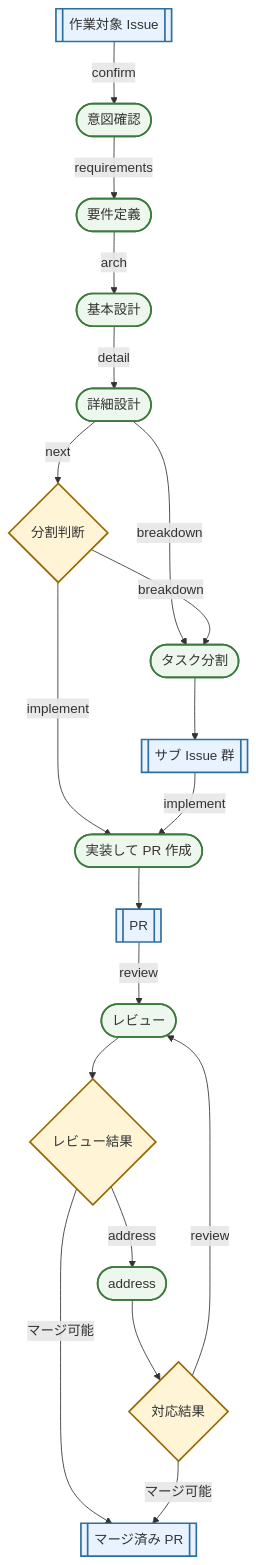
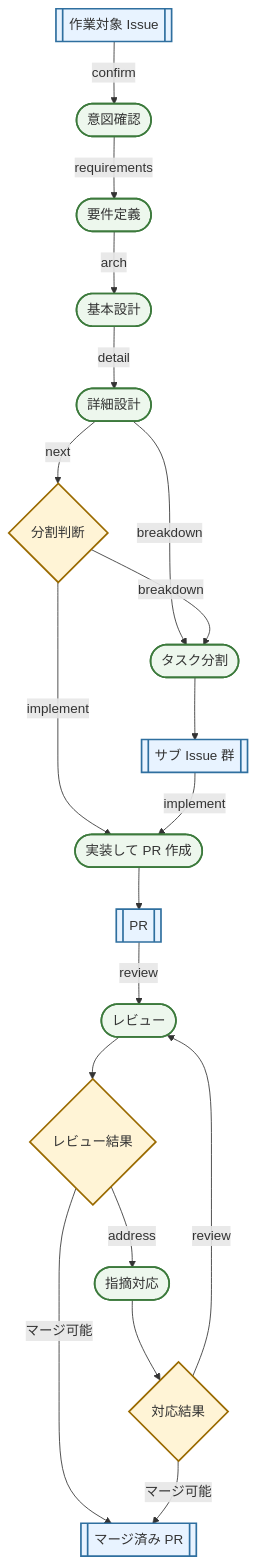
The diagram in README.md (Hiroshiba/vv-ai), drawn with Mermaid before and after one commit.

Commit message:
docs: READMEのaddress表示を日本語にする

````diff
--- a/README.md
+++ b/README.md
@@ -11,45 +11,45 @@
 ```mermaid
 flowchart TD
   issue[["作業対象 Issue"]]
   intent(["意図確認"])
   requirements(["要件定義"])
   arch(["基本設計"])
   detail(["詳細設計"])
   next_decision{"分割判断"}
   breakdown(["タスク分割"])
   subissues[["サブ Issue 群"]]
   implement_issue(["実装して PR 作成"])
   pr[["PR"]]
   review(["レビュー"])
   review_result{"レビュー結果"}
-  address(["address"])
+  address(["指摘対応"])
   address_result{"対応結果"}
   merged[["マージ済み PR"]]
 
   issue -- "confirm" --> intent
   intent -- "requirements" --> requirements
   requirements -- "arch" --> arch
   arch -- "detail" --> detail
   detail -- "next" --> next_decision
   detail -- "breakdown" --> breakdown
   next_decision -- "breakdown" --> breakdown
   next_decision -- "implement" --> implement_issue
   breakdown --> subissues
   subissues -- "implement" --> implement_issue
   implement_issue --> pr
   pr -- "review" --> review
   review --> review_result
   review_result -- "マージ可能" --> merged
   review_result -- "address" --> address
   address --> address_result
   address_result -- "review" --> review
   address_result -- "マージ可能" --> merged
 
   class issue,subissues,pr,merged githubObject
   class intent,requirements,arch,detail,breakdown,implement_issue,review,address aiStep
   class next_decision,review_result,address_result decision
 
   classDef githubObject fill:#e8f3ff,stroke:#2f6f9f,stroke-width:2px
   classDef aiStep fill:#edf7ed,stroke:#3c7a3c,stroke-width:2px
   classDef decision fill:#fff4d6,stroke:#9a6a00,stroke-width:2px
 ```
````
